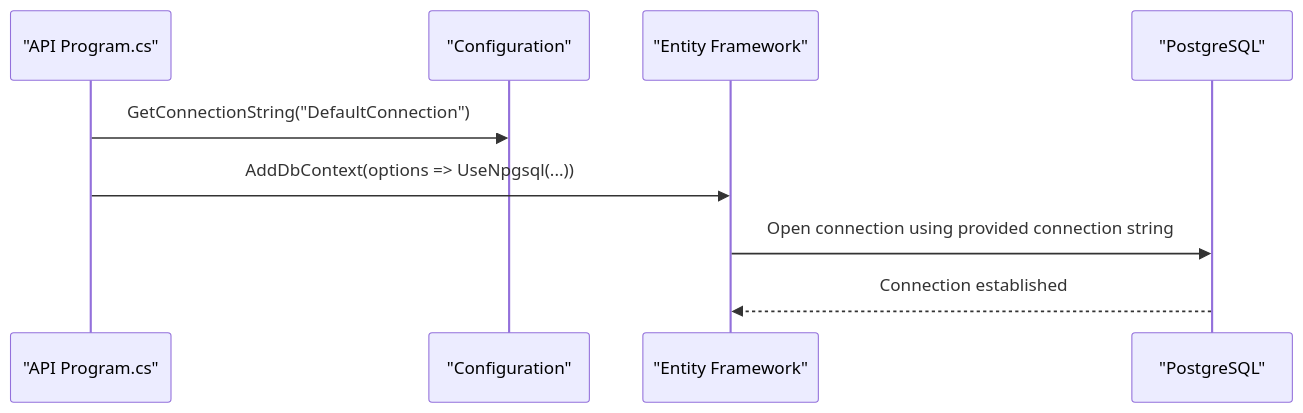
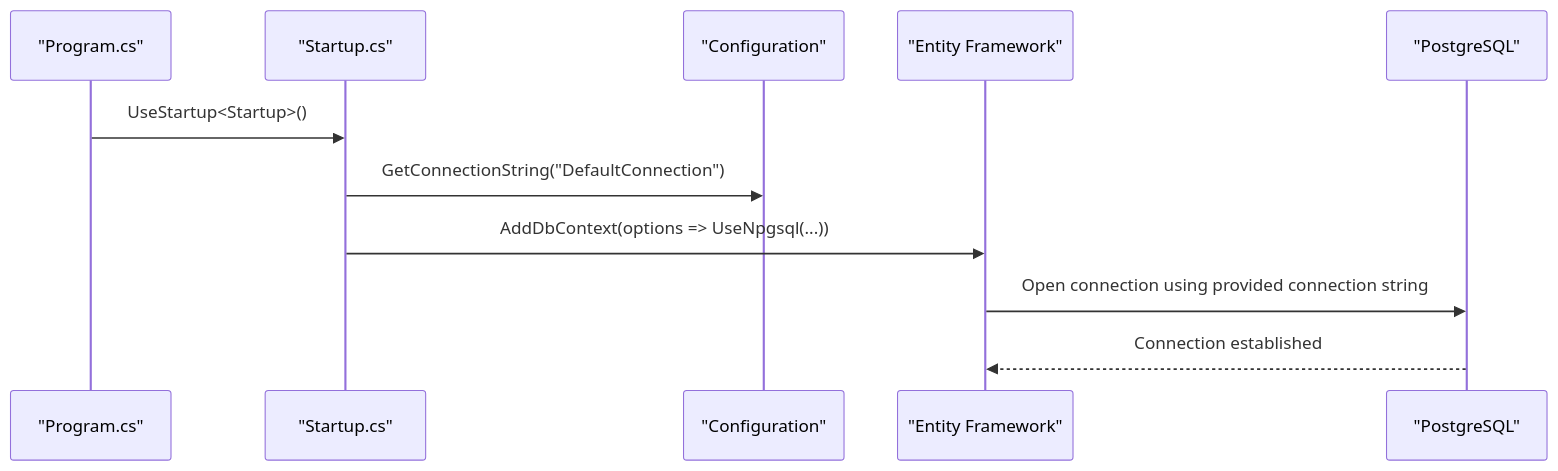
One commit to MuhammadFaizanQamar/game-backend-service changed the fourth of 6 diagrams in .qoder/repowiki/en/content/Configuration & Settings/Environment Configuration.md. Above: the diagram before and after it, drawn with Mermaid. The commit also changed other lines of this file and 62 other files, not shown here.

````diff
--- a/.qoder/repowiki/en/content/Configuration & Settings/Environment Configuration.md
+++ b/.qoder/repowiki/en/content/Configuration & Settings/Environment Configuration.md
@@ -234,11 +263,13 @@
 ```mermaid
 sequenceDiagram
-participant API as "API Program.cs"
+participant Program as "Program.cs"
+participant Startup as "Startup.cs"
 participant Config as "Configuration"
 participant EF as "Entity Framework"
 participant DB as "PostgreSQL"
-API->>Config : GetConnectionString("DefaultConnection")
-API->>EF : AddDbContext(options => UseNpgsql(...))
+Program->>Startup : UseStartup<Startup>()
+Startup->>Config : GetConnectionString("DefaultConnection")
+Startup->>EF : AddDbContext(options => UseNpgsql(...))
 EF->>DB : Open connection using provided connection string
 DB-->>EF : Connection established
 ```
````
